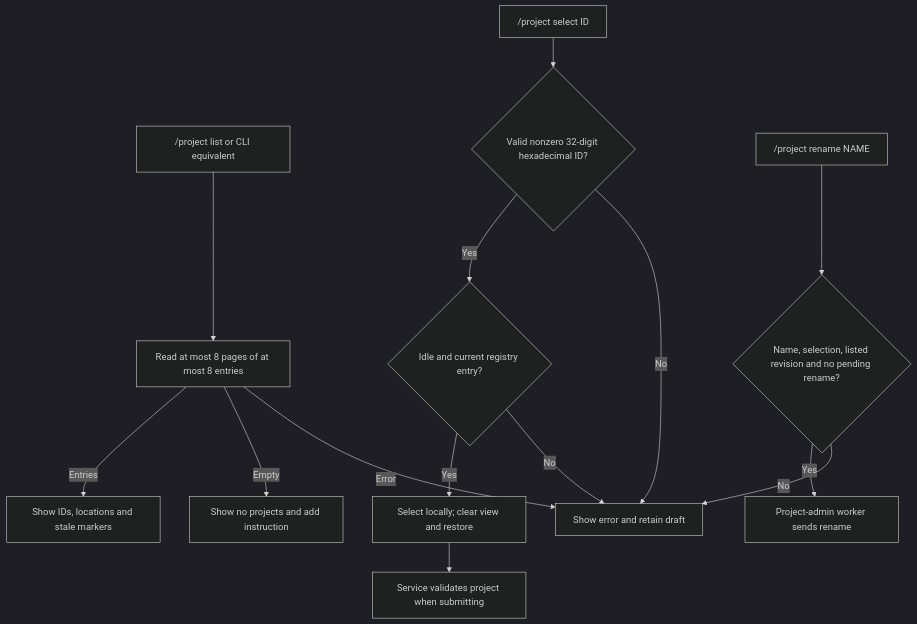
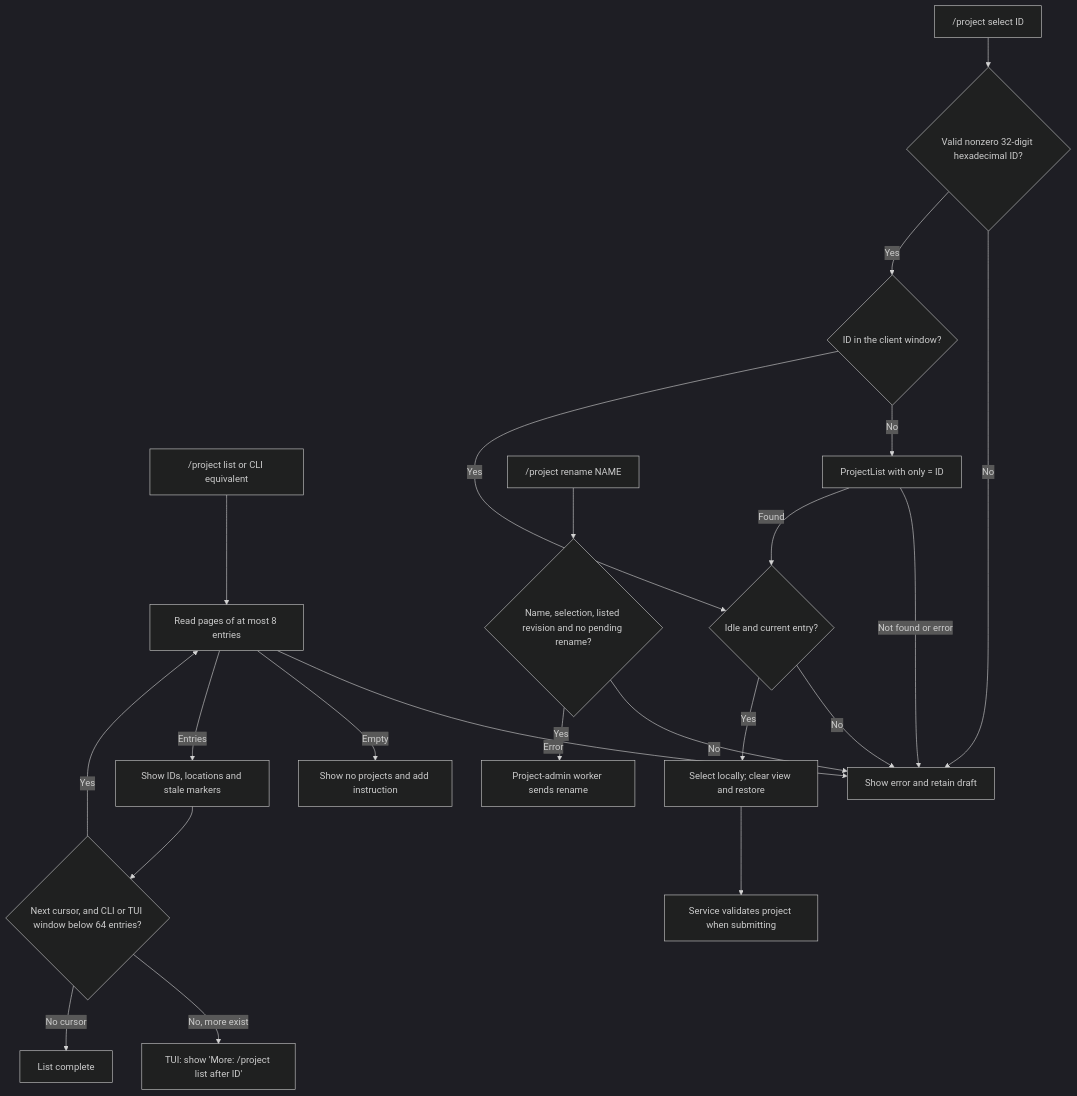
Before and after one commit to pidster/asura: the ninth of 18 diagrams in docs/designs/command-flows.md, drawn with Mermaid (dark theme). The commit also changed other lines of this file and 14 other files, not shown here.

````diff
--- a/docs/designs/command-flows.md
+++ b/docs/designs/command-flows.md
@@ -286,16 +286,24 @@
 ```mermaid
 flowchart TD
-    List["/project list or CLI equivalent"] --> Pages["Read at most 8 pages of at most 8 entries"]
+    List["/project list or CLI equivalent"] --> Pages["Read pages of at most 8 entries"]
     Pages -->|Error| Error["Show error and retain draft"]
     Pages -->|Empty| Empty["Show no projects and add instruction"]
     Pages -->|Entries| Rows["Show IDs, locations and stale markers"]
+    Rows --> More{"Next cursor, and CLI or TUI window below 64 entries?"}
+    More -->|Yes| Pages
+    More -->|"No, more exist"| Hint["TUI: show 'More: /project list after ID'"]
+    More -->|"No cursor"| Done["List complete"]
     Choose["/project select ID"] --> ID{"Valid nonzero 32-digit hexadecimal ID?"}
     ID -->|No| Error
-    ID -->|Yes| Guard{"Idle and current registry entry?"}
+    ID -->|Yes| Window{"ID in the client window?"}
+    Window -->|No| Exact["ProjectList with only = ID"]
+    Exact -->|"Not found or error"| Error
+    Exact -->|Found| Guard
+    Window -->|Yes| Guard{"Idle and current entry?"}
     Guard -->|No| Error
     Guard -->|Yes| Local["Select locally; clear view and restore"]
     Local --> Later["Service validates project when submitting"]
     Rename["/project rename NAME"] --> Known{"Name, selection, listed revision and no pending rename?"}
     Known -->|No| Error
     Known -->|Yes| Admin["Project-admin worker sends rename"]
 ```
````
